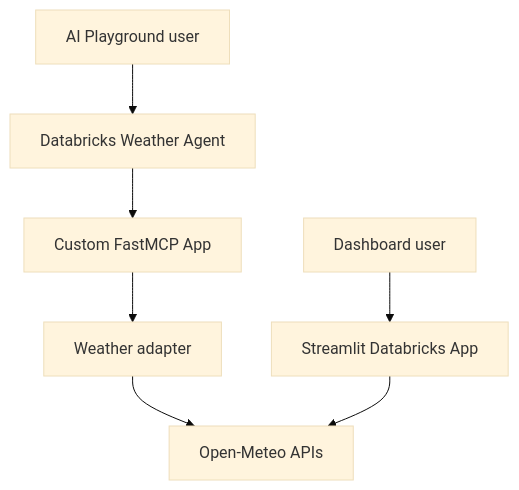
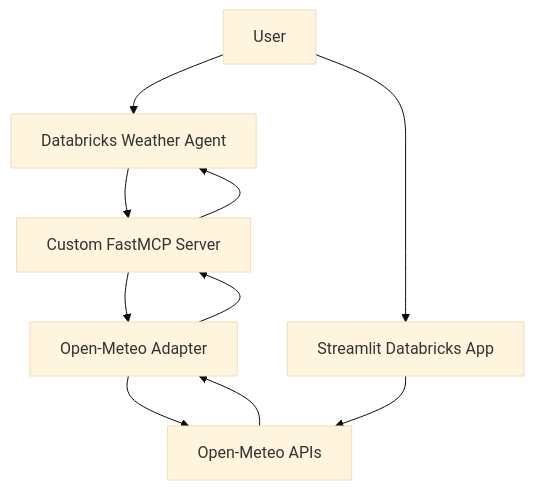
Before and after one commit to marcelonaza/databricks-ai-bootcamp-capstone: the diagram in README.md, drawn with Mermaid (base theme). The commit also changed other lines of this file, not shown here.

````diff
--- a/README.md
+++ b/README.md
@@ -18,10 +21,13 @@
 ```mermaid
 flowchart TD
-    U1["AI Playground user"] --> AG["Databricks Weather Agent"]
-    AG --> MCP["Custom FastMCP App"]
-    MCP --> AD["Weather adapter"]
-    AD --> OM["Open-Meteo APIs"]
+    USER["User"] --> AGENT["Databricks Weather Agent"]
+    AGENT --> MCP["Custom FastMCP Server"]
+    MCP --> ADAPTER["Open-Meteo Adapter"]
+    ADAPTER --> API["Open-Meteo APIs"]
+    API --> ADAPTER
+    ADAPTER --> MCP
+    MCP --> AGENT
 
-    U2["Dashboard user"] --> UI["Streamlit Databricks App"]
-    UI --> OM
+    USER --> UI["Streamlit Databricks App"]
+    UI --> API
 ```
````
